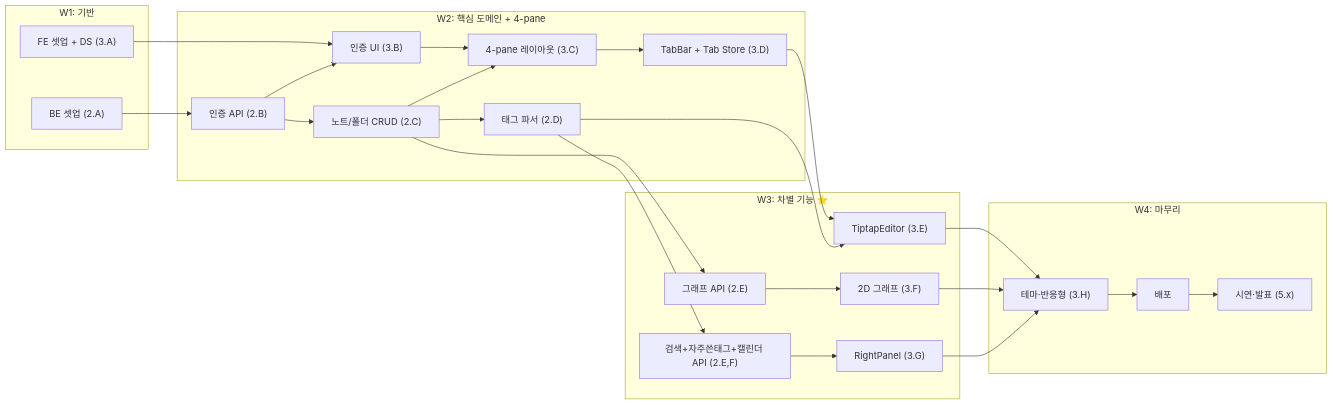
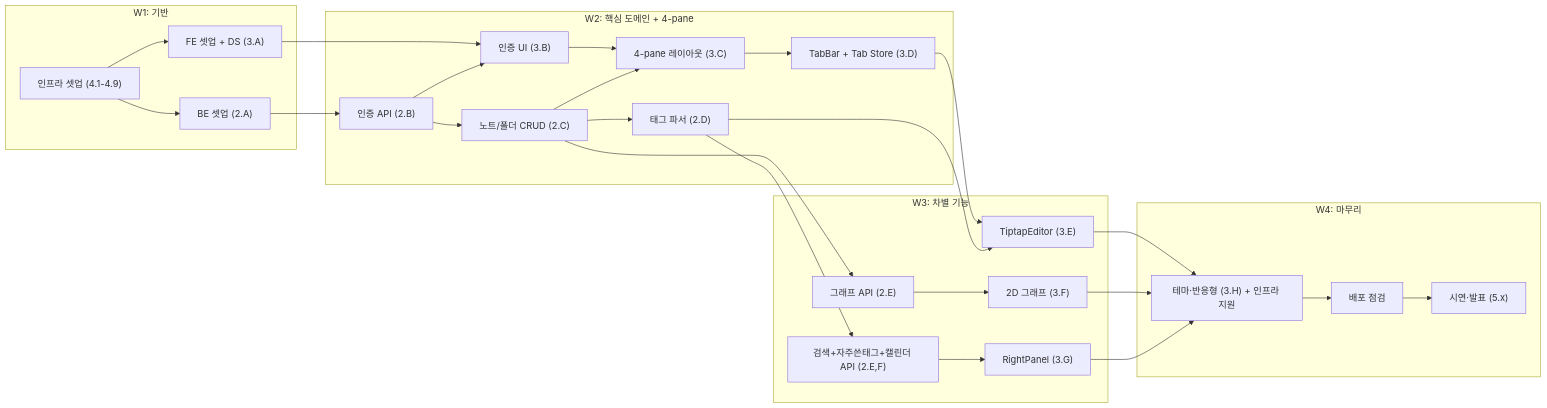
One commit to GC-Five-Guys/Docs changed the diagram in 02_일정/WBS_및_역할분담.md. Above: the diagram before and after it, drawn with Mermaid. The commit also changed other lines of this file and 3 other files, not shown here.

````diff
--- a/02_일정/WBS_및_역할분담.md
+++ b/02_일정/WBS_및_역할분담.md
@@ -297,43 +322,46 @@
 ```mermaid
 flowchart LR
   subgraph W1["W1: 기반"]
+    INFRA["인프라 셋업 (4.1-4.9)"]
     SETUP_BE["BE 셋업 (2.A)"]
     SETUP_FE["FE 셋업 + DS (3.A)"]
   end
 
   subgraph W2["W2: 핵심 도메인 + 4-pane"]
     AUTH_BE["인증 API (2.B)"]
     AUTH_FE["인증 UI (3.B)"]
     NOTE_BE["노트/폴더 CRUD (2.C)"]
     PARSE["태그 파서 (2.D)"]
     LAYOUT["4-pane 레이아웃 (3.C)"]
     TAB["TabBar + Tab Store (3.D)"]
   end
 
-  subgraph W3["W3: 차별 기능 ⭐"]
+  subgraph W3["W3: 차별 기능"]
     EDITOR["TiptapEditor (3.E)"]
     GRAPH_BE["그래프 API (2.E)"]
     GRAPH_FE["2D 그래프 (3.F)"]
     SEARCH["검색+자주쓴태그+캘린더 API (2.E,F)"]
     RIGHT["RightPanel (3.G)"]
   end
 
   subgraph W4["W4: 마무리"]
-    POLISH["테마·반응형 (3.H)"]
-    DEPLOY["배포"]
+    POLISH["테마·반응형 (3.H) + 인프라 지원"]
+    DEPLOY["배포 점검"]
     DEMO["시연·발표 (5.x)"]
   end
 
+  INFRA --> SETUP_BE
+  INFRA --> SETUP_FE
   SETUP_BE --> AUTH_BE --> NOTE_BE --> PARSE
   SETUP_FE --> AUTH_FE --> LAYOUT --> TAB
   AUTH_BE --> AUTH_FE
   NOTE_BE --> LAYOUT
   TAB --> EDITOR
   PARSE --> EDITOR
   NOTE_BE --> GRAPH_BE --> GRAPH_FE
   PARSE --> SEARCH --> RIGHT
   EDITOR --> POLISH
   GRAPH_FE --> POLISH
   RIGHT --> POLISH
   POLISH --> DEPLOY --> DEMO
 ```
````
